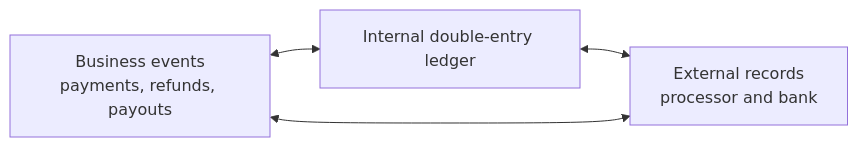
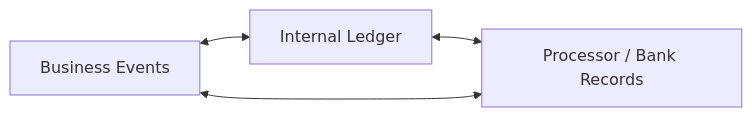
Before and after one commit to AvadhBhalodiya/Interview-Preparation: the fifth of 6 diagrams in src/content/payments/double-entry-ledger.md, drawn with Mermaid. The commit also changed other lines of this file and 54 other files, not shown here.

````diff
--- a/src/content/payments/double-entry-ledger.md
+++ b/src/content/payments/double-entry-ledger.md
@@ -1077,10 +656,6 @@
 ```mermaid
 flowchart LR
-    B[Business events<br/>payments, refunds, payouts]
-    L[Internal double-entry ledger]
-    E[External records<br/>processor and bank]
-
-    B <--> L
-    L <--> E
+    B[Business Events] <--> L[Internal Ledger]
+    L <--> E[Processor / Bank Records]
     B <--> E
 ```
````
